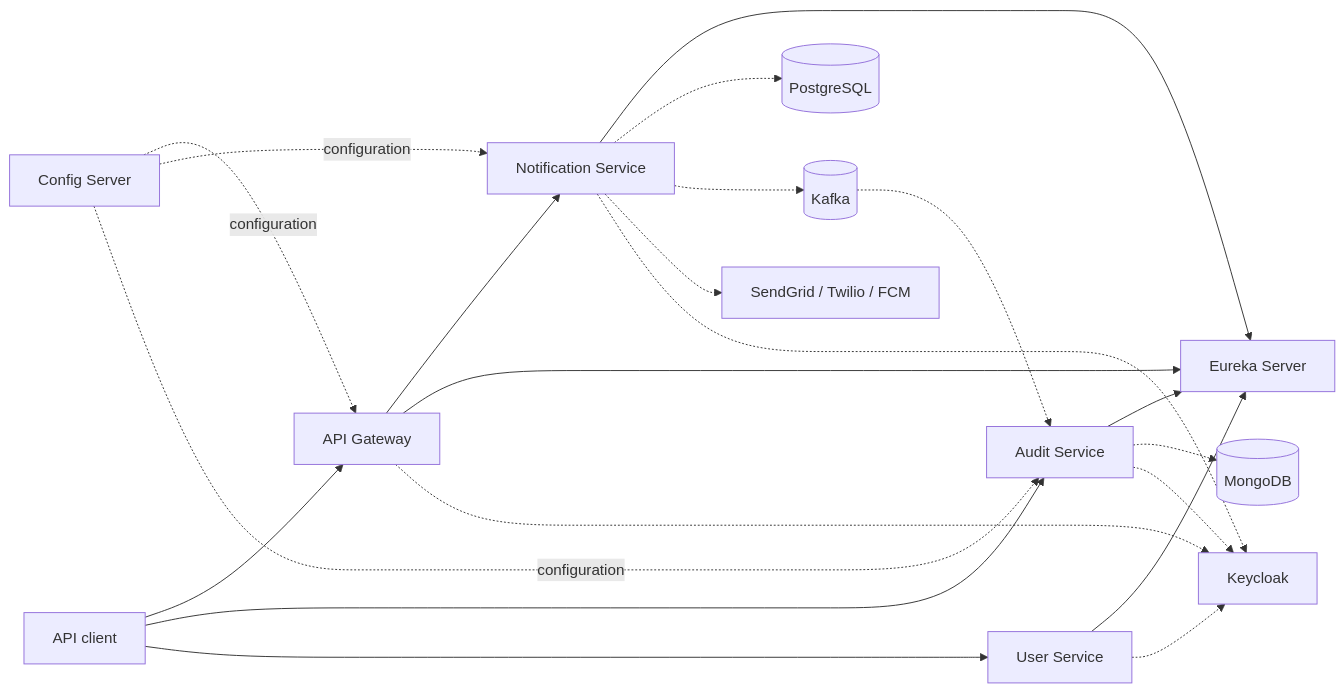
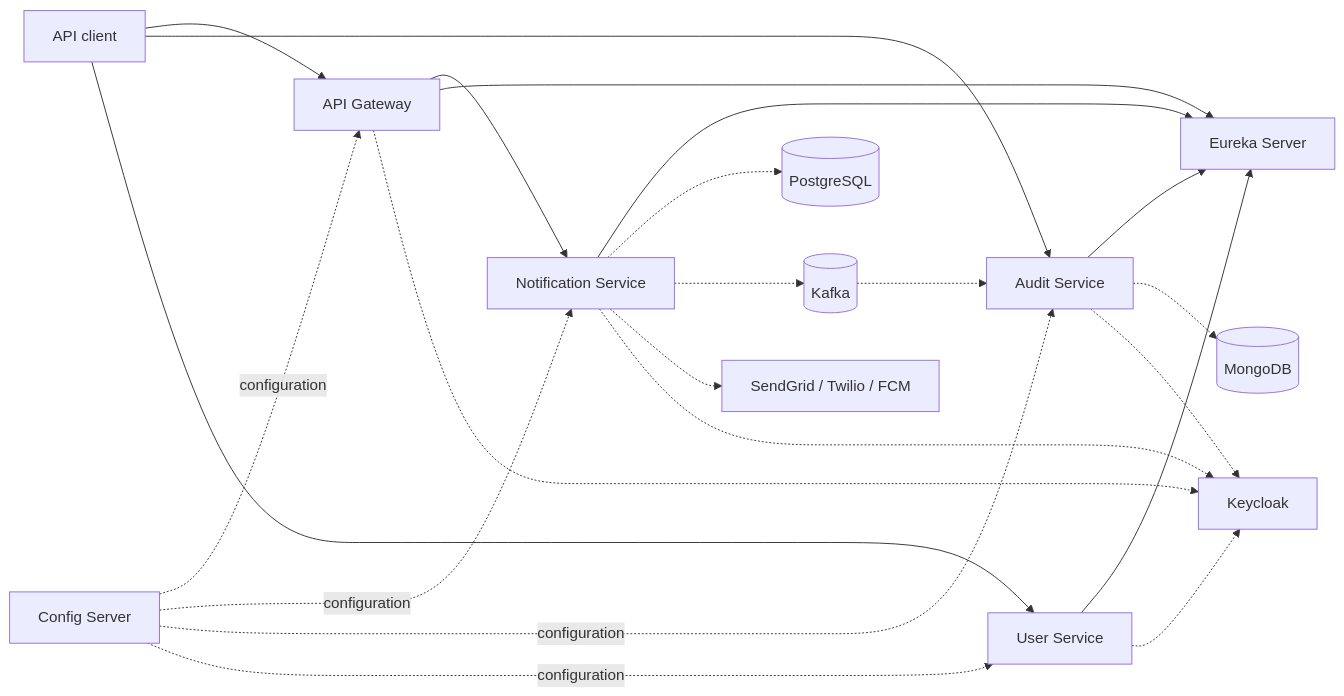
Before and after one commit to Exar-lab/AegisNotify: the first of 4 diagrams in docs/ARCHITECTURE.md, drawn with Mermaid. The commit also changed other lines of this file and 2 other files, not shown here.

````diff
--- a/docs/ARCHITECTURE.md
+++ b/docs/ARCHITECTURE.md
@@ -13,25 +13,26 @@
 ```mermaid
 flowchart LR
     Client[API client] --> Gateway[API Gateway]
     Gateway --> Notification[Notification Service]
     Client --> Audit[Audit Service]
     Client --> User[User Service]
 
     Gateway --> Eureka[Eureka Server]
     Notification --> Eureka
     Audit --> Eureka
     User --> Eureka
     Config[Config Server] -. configuration .-> Gateway
     Config -. configuration .-> Notification
     Config -. configuration .-> Audit
+    Config -. configuration .-> User
 
     Notification -.-> Postgres[(PostgreSQL)]
     Notification -.-> Kafka[(Kafka)]
     Kafka -.-> Audit
     Audit -.-> Mongo[(MongoDB)]
     Notification -.-> Providers[SendGrid / Twilio / FCM]
     Gateway -.-> IdP[Keycloak]
     Notification -.-> IdP
     Audit -.-> IdP
     User -.-> IdP
 ```
````
